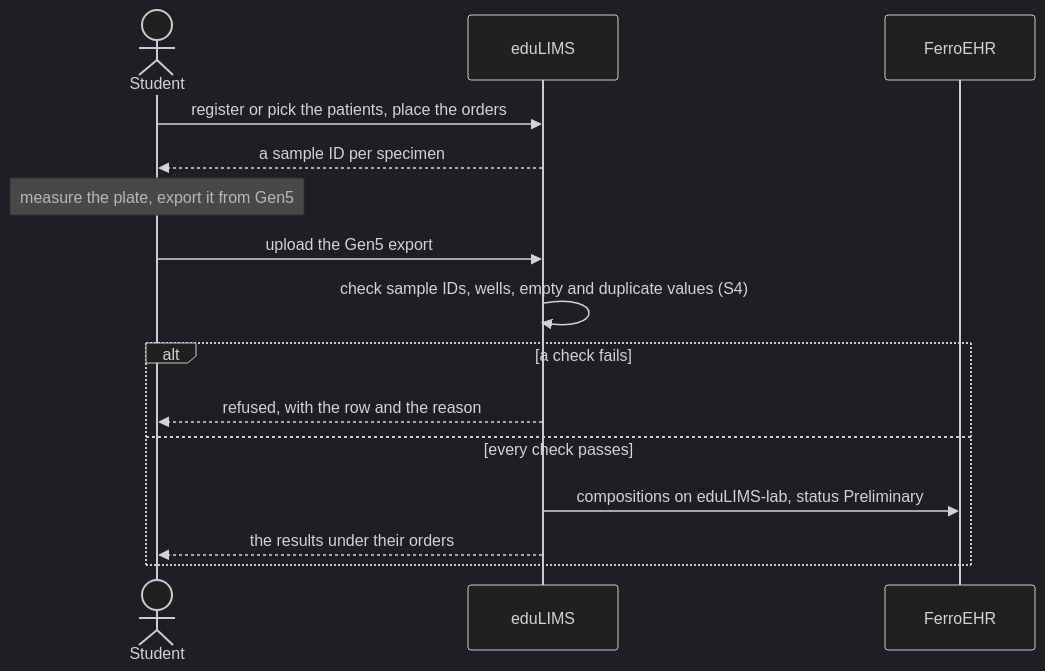
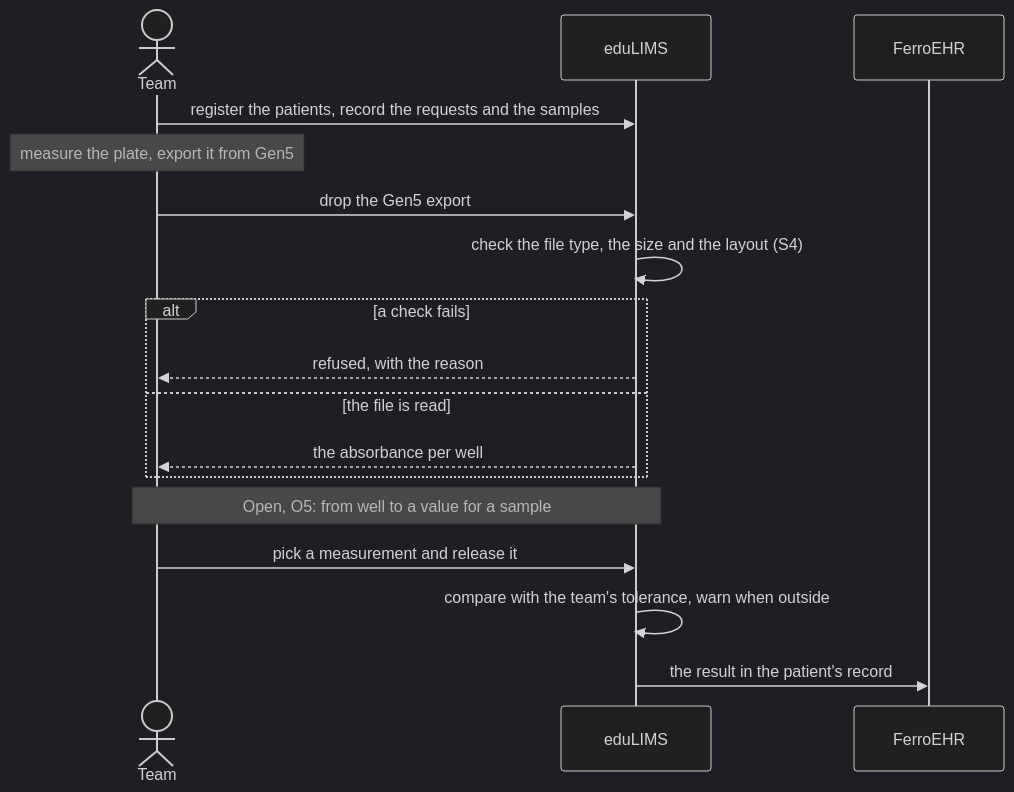
Before and after one commit to Vernum-Projecten/eduLIMS: the fourth of 5 diagrams in docs/lims-workflow.md, drawn with Mermaid (dark theme). The commit also changed other lines of this file and 64 other files, not shown here.

````diff
--- a/docs/lims-workflow.md
+++ b/docs/lims-workflow.md
@@ -136,18 +139,20 @@
 ```mermaid
 sequenceDiagram
-    actor S as Student
+    actor T as Team
     participant E as eduLIMS
     participant F as FerroEHR
 
-    S->>E: register or pick the patients, place the orders
-    E-->>S: a sample ID per specimen
-    Note over S: measure the plate, export it from Gen5
-    S->>E: upload the Gen5 export
-    E->>E: check sample IDs, wells, empty and duplicate values (S4)
+    T->>E: register the patients, record the requests and the samples
+    Note over T: measure the plate, export it from Gen5
+    T->>E: drop the Gen5 export
+    E->>E: check the file type, the size and the layout (S4)
     alt a check fails
-        E-->>S: refused, with the row and the reason
-    else every check passes
-        E->>F: compositions on eduLIMS-lab, status Preliminary
-        E-->>S: the results under their orders
+        E-->>T: refused, with the reason
+    else the file is read
+        E-->>T: the absorbance per well
     end
+    Note over T,E: Open, O5: from well to a value for a sample
+    T->>E: pick a measurement and release it
+    E->>E: compare with the team's tolerance, warn when outside
+    E->>F: the result in the patient's record
 ```
````
